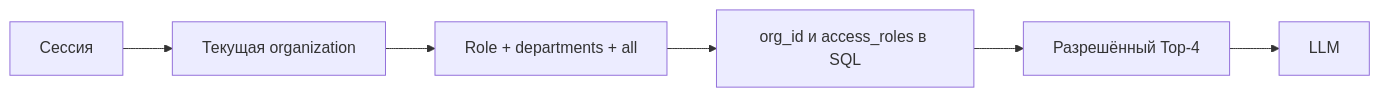
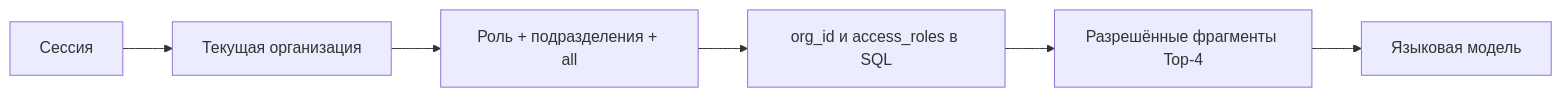
The diagram in docs/product/srs.md (vladweat/docwise), drawn with Mermaid before and after one commit. The commit also changed other lines of this file and 51 other files, not shown here.

````diff
--- a/docs/product/srs.md
+++ b/docs/product/srs.md
@@ -26,8 +26,8 @@
 ```mermaid
 flowchart LR
-  Session[Сессия] --> Org[Текущая organization]
-  Org --> Roles[Role + departments + all]
+  Session[Сессия] --> Org[Текущая организация]
+  Org --> Roles[Роль + подразделения + all]
   Roles --> SQL[org_id и access_roles в SQL]
-  SQL --> Top4[Разрешённый Top-4]
-  Top4 --> Model[LLM]
+  SQL --> Top4[Разрешённые фрагменты Top-4]
+  Top4 --> Model[Языковая модель]
 ```
````
